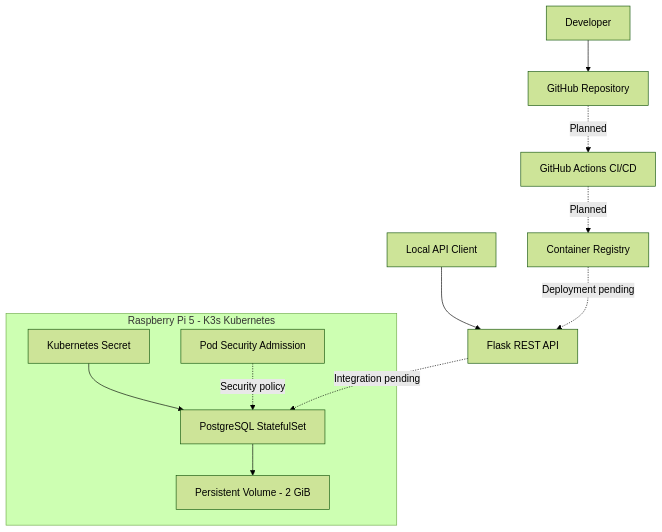
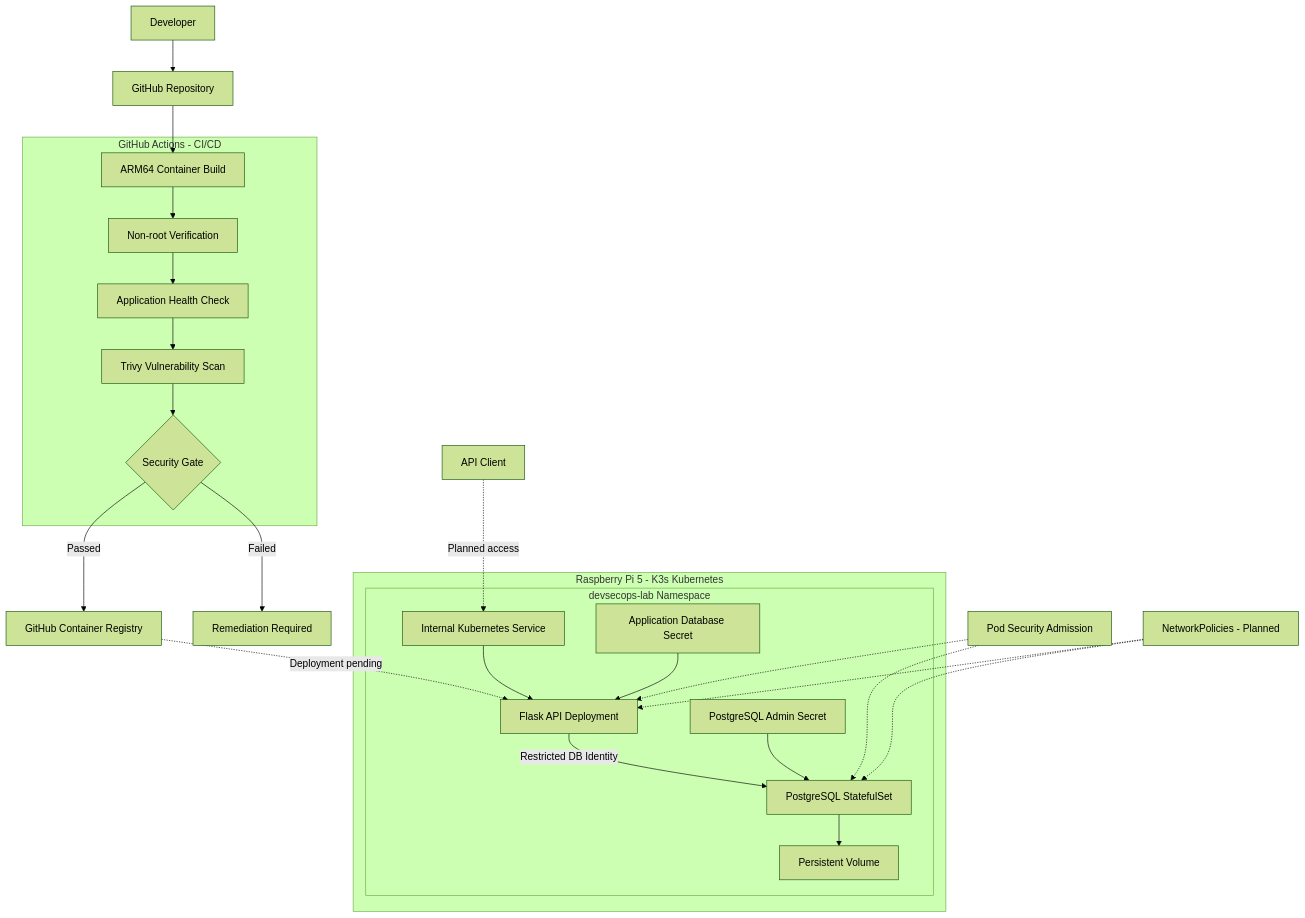
Before and after one commit to YusTech123/pi-cloud-security-lab: the first of 3 diagrams in README.md, drawn with Mermaid (forest theme). The commit also changed other lines of this file, not shown here.

Commit message:
docs: restructure README with architecture and security assurance evidence

````diff
--- a/README.md
+++ b/README.md
@@ -22,21 +70,42 @@
 ```mermaid
 flowchart TD
     A[Developer] --> B[GitHub Repository]
-    B -. Planned .-> C[GitHub Actions CI/CD]
-    C -. Planned .-> D[Container Registry]
 
-    E[Local API Client] --> F[Flask REST API]
-
-    subgraph Raspberry Pi 5 - K3s Kubernetes
-        G[PostgreSQL StatefulSet]
-        H[Persistent Volume - 2 GiB]
-        I[Kubernetes Secret]
-        J[Pod Security Admission]
-        G --> H
-        I --> G
-        J -. Security policy .-> G
+    subgraph CI["GitHub Actions - CI/CD"]
+        C[ARM64 Container Build]
+        D[Non-root Verification]
+        E[Application Health Check]
+        F[Trivy Vulnerability Scan]
+        G{Security Gate}
+        C --> D --> E --> F --> G
     end
 
-    F -. Integration pending .-> G
-    D -. Deployment pending .-> F
+    B --> C
+    G -->|Passed| H[GitHub Container Registry]
+    G -->|Failed| I[Remediation Required]
+
+    subgraph PI["Raspberry Pi 5 - K3s Kubernetes"]
+        subgraph NS["devsecops-lab Namespace"]
+            J[Flask API Deployment]
+            K[Internal Kubernetes Service]
+            L[PostgreSQL StatefulSet]
+            M[Persistent Volume]
+            N[Application Database Secret]
+            O[PostgreSQL Admin Secret]
+
+            K --> J
+            J -->|Restricted DB Identity| L
+            L --> M
+            N --> J
+            O --> L
+        end
+    end
+
+    H -. Deployment pending .-> J
+    P[API Client] -. Planned access .-> K
+
+    Q[Pod Security Admission] -.-> J
+    Q -.-> L
+    R[NetworkPolicies - Planned] -.-> J
+    R -.-> L
 ```
````
